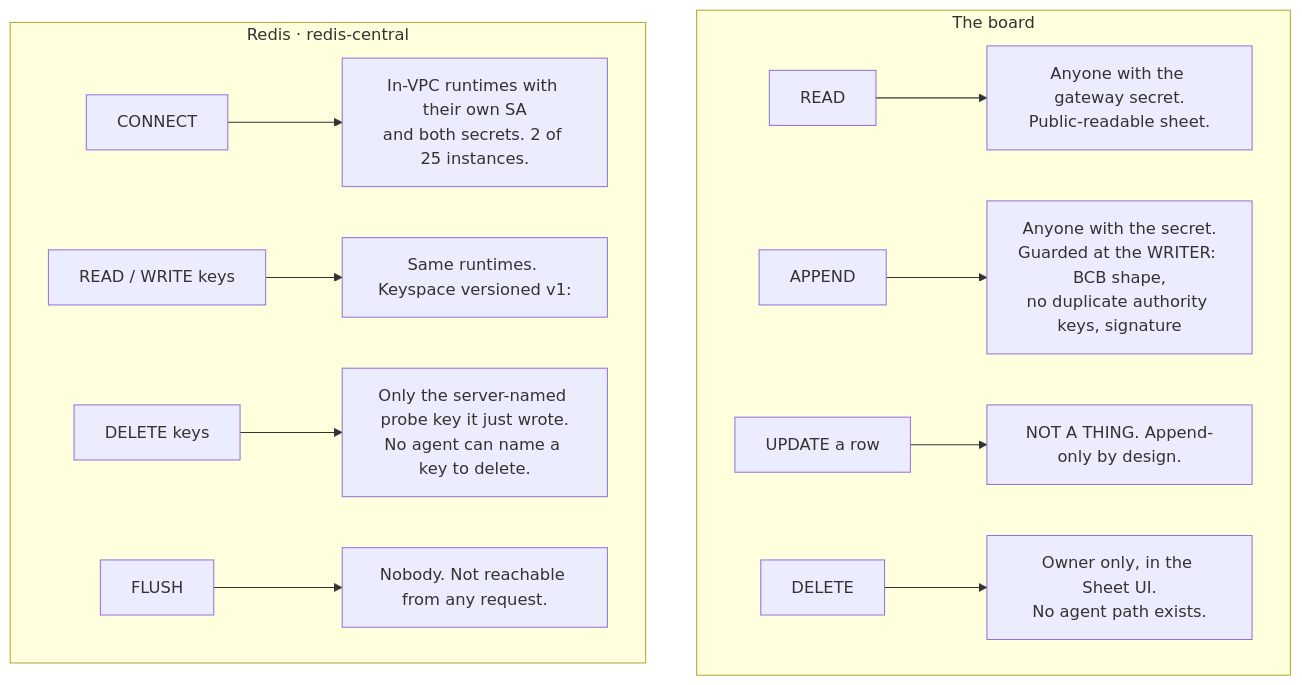
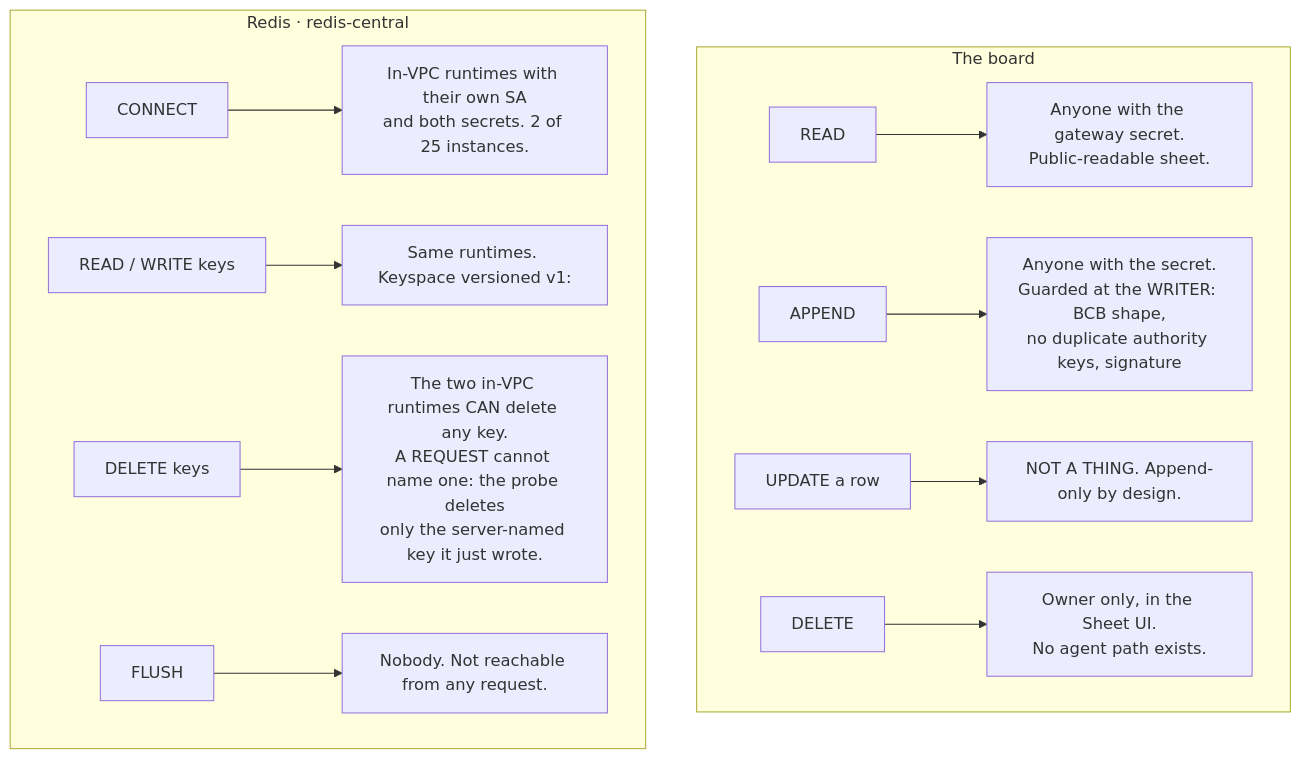
Before and after one commit to sfdc-24/Blackboard: the fourth of 9 diagrams in docs/ADMIN-PROCESS-MAPS-20261007.md, drawn with Mermaid. The commit also changed other lines of this file and 3 other files, not shown here.

````diff
--- a/docs/ADMIN-PROCESS-MAPS-20261007.md
+++ b/docs/ADMIN-PROCESS-MAPS-20261007.md
@@ -121,15 +121,15 @@
 ```mermaid
 flowchart TD
     subgraph BOARD["The board"]
       P1[READ] --> P1a[Anyone with the gateway secret.<br/>Public-readable sheet.]
       P2[APPEND] --> P2a[Anyone with the secret.<br/>Guarded at the WRITER: BCB shape,<br/>no duplicate authority keys, signature]
       P3[UPDATE a row] --> P3a[NOT A THING. Append-only by design.]
       P4[DELETE] --> P4a[Owner only, in the Sheet UI.<br/>No agent path exists.]
     end
     subgraph REDIS["Redis · redis-central"]
       Q1[CONNECT] --> Q1a[In-VPC runtimes with their own SA<br/>and both secrets. 2 of 25 instances.]
       Q2[READ / WRITE keys] --> Q2a[Same runtimes. Keyspace versioned v1:]
-      Q3[DELETE keys] --> Q3a[Only the server-named probe key it just wrote.<br/>No agent can name a key to delete.]
+      Q3[DELETE keys] --> Q3a[The two in-VPC runtimes CAN delete any key.<br/>A REQUEST cannot name one: the probe deletes<br/>only the server-named key it just wrote.]
       Q4[FLUSH] --> Q4a[Nobody. Not reachable from any request.]
     end
 ```
````
